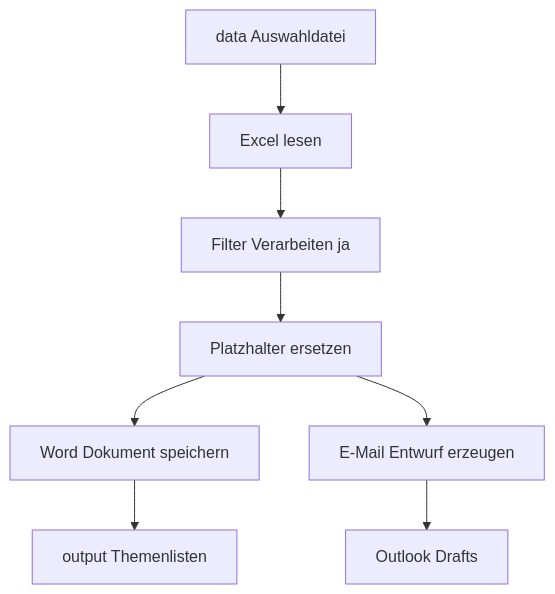
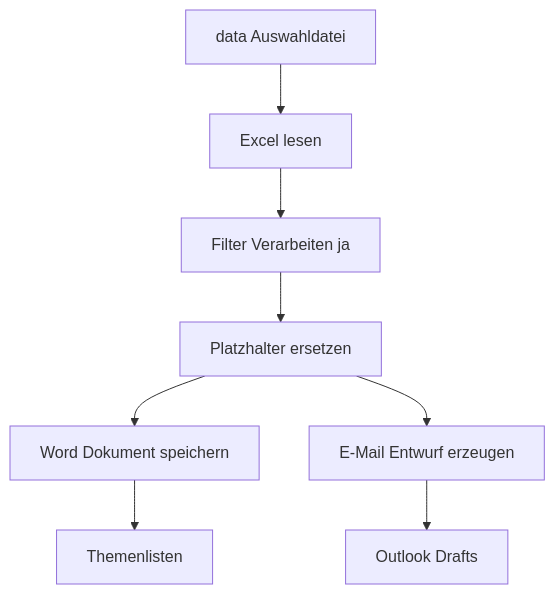
Before and after one commit to GoroTech-Tools/Themenlisten-Helfer: the second of 2 diagrams in docs/DOKUMENTATION_TECHNIK.md, drawn with Mermaid. The commit also changed other lines of this file and 9 other files, not shown here.

````diff
--- a/docs/DOKUMENTATION_TECHNIK.md
+++ b/docs/DOKUMENTATION_TECHNIK.md
@@ -61,10 +61,10 @@
 ```mermaid
 flowchart TD
     A[data Auswahldatei] --> B[Excel lesen]
     B --> C[Filter Verarbeiten ja]
     C --> D[Platzhalter ersetzen]
     D --> E[Word Dokument speichern]
     D --> F[E-Mail Entwurf erzeugen]
-    E --> G[output Themenlisten]
+    E --> G[Themenlisten]
     F --> H[Outlook Drafts]
 ```
````
